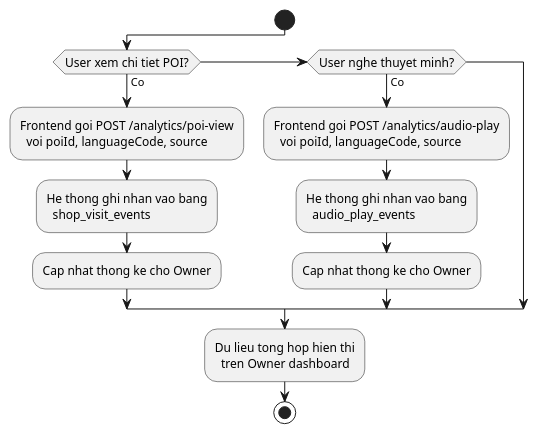
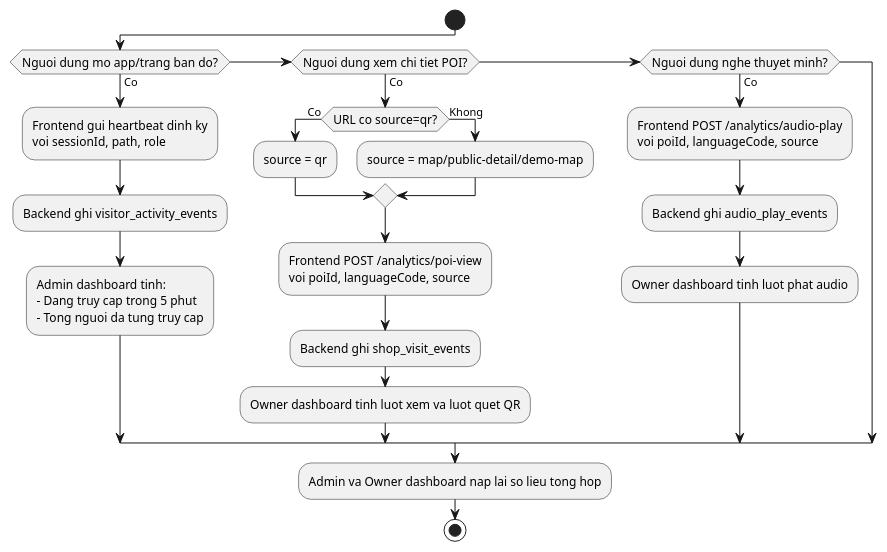
The diagram in Đặc tả wed/activity_15_analytics_tracking.puml (MinhMafia/DiDuDuaDi), drawn with PlantUML before and after one commit. The commit also changed 42 other files, not shown here.

Commit message:
Update owner shop interface and API for managing owner upgrade requests

```diff
--- a/Đặc tả wed/activity_15_analytics_tracking.puml
+++ b/Đặc tả wed/activity_15_analytics_tracking.puml
@@ -1,27 +1,36 @@
 @startuml activity_15_analytics_tracking
 skinparam backgroundColor White
 skinparam activityFontSize 12
 skinparam activityFontName "Times New Roman"
 
 start
 
-if (User xem chi tiet POI?) then (Co)
-  :Frontend goi POST /analytics/poi-view
-    voi poiId, languageCode, source;
-  :He thong ghi nhan vao bang
-    shop_visit_events;
-  :Cap nhat thong ke cho Owner;
-elseif (User nghe thuyet minh?) then (Co)
-  :Frontend goi POST /analytics/audio-play
-    voi poiId, languageCode, source;
-  :He thong ghi nhan vao bang
-    audio_play_events;
-  :Cap nhat thong ke cho Owner;
+if (Nguoi dung mo app/trang ban do?) then (Co)
+  :Frontend gui heartbeat dinh ky
+  voi sessionId, path, role;
+  :Backend ghi visitor_activity_events;
+  :Admin dashboard tinh:
+  - Dang truy cap trong 5 phut
+  - Tong nguoi da tung truy cap;
+elseif (Nguoi dung xem chi tiet POI?) then (Co)
+  if (URL co source=qr?) then (Co)
+    :source = qr;
+  else (Khong)
+    :source = map/public-detail/demo-map;
+  endif
+  :Frontend POST /analytics/poi-view
+  voi poiId, languageCode, source;
+  :Backend ghi shop_visit_events;
+  :Owner dashboard tinh luot xem va luot quet QR;
+elseif (Nguoi dung nghe thuyet minh?) then (Co)
+  :Frontend POST /analytics/audio-play
+  voi poiId, languageCode, source;
+  :Backend ghi audio_play_events;
+  :Owner dashboard tinh luot phat audio;
 endif
 
-:Du lieu tong hop hien thi
-  tren Owner dashboard;
+:Admin va Owner dashboard nap lai so lieu tong hop;
 
 stop
 
 @enduml
```
